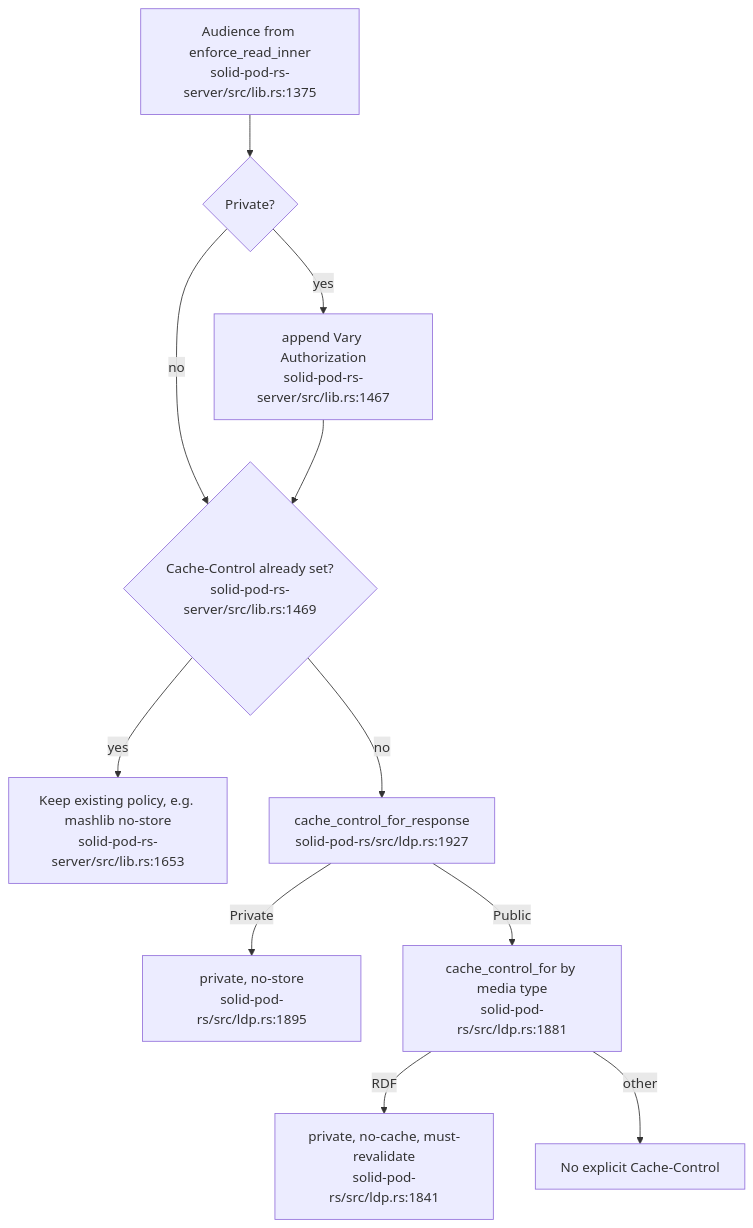
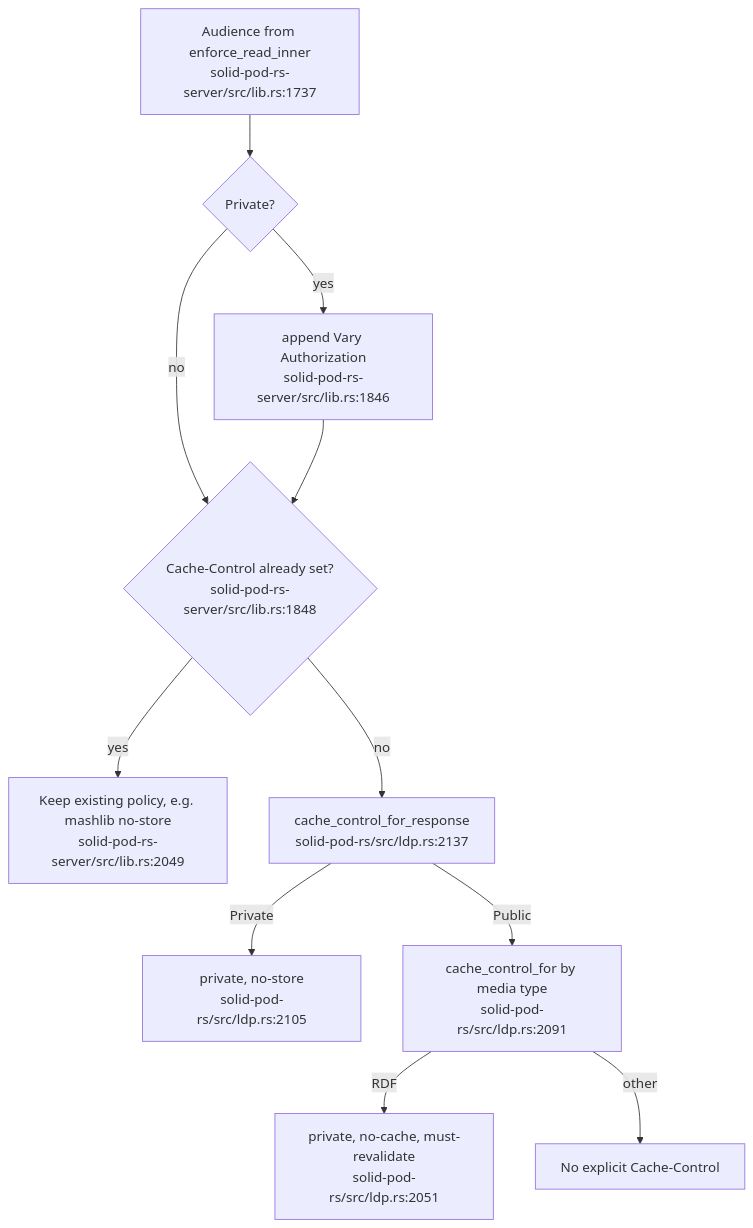
Diagram 14 of 14 in docs/diagrams/solid-pod-rs/03-ldp-request-lifecycle.md (DreamLab-AI/VisionFlow), drawn with Mermaid before and after one commit. The commit also changed other lines of this file and 1 other file, not shown here.

First line of the commit message:
docs(diagrams): SP-03, SP-13 re-verified at solid-pod-rs a28a748

````diff
--- a/docs/diagrams/solid-pod-rs/03-ldp-request-lifecycle.md
+++ b/docs/diagrams/solid-pod-rs/03-ldp-request-lifecycle.md
@@ -347,13 +425,13 @@
 ```mermaid
 flowchart TD
-    A["Audience from enforce_read_inner<br/>solid-pod-rs-server/src/lib.rs:1375"] --> PRIVATE{"Private?"}
-    PRIVATE -- yes --> V["append Vary Authorization<br/>solid-pod-rs-server/src/lib.rs:1467"]
+    A["Audience from enforce_read_inner<br/>solid-pod-rs-server/src/lib.rs:1737"] --> PRIVATE{"Private?"}
+    PRIVATE -- yes --> V["append Vary Authorization<br/>solid-pod-rs-server/src/lib.rs:1846"]
     PRIVATE -- no --> EXIST
-    V --> EXIST{"Cache-Control already set?<br/>solid-pod-rs-server/src/lib.rs:1469"}
-    EXIST -- yes --> KEEP["Keep existing policy, e.g. mashlib no-store<br/>solid-pod-rs-server/src/lib.rs:1653"]
-    EXIST -- no --> POLICY["cache_control_for_response<br/>solid-pod-rs/src/ldp.rs:1927"]
-    POLICY -- Private --> NS["private, no-store<br/>solid-pod-rs/src/ldp.rs:1895"]
-    POLICY -- Public --> MEDIA["cache_control_for by media type<br/>solid-pod-rs/src/ldp.rs:1881"]
-    MEDIA -- RDF --> RDF["private, no-cache, must-revalidate<br/>solid-pod-rs/src/ldp.rs:1841"]
+    V --> EXIST{"Cache-Control already set?<br/>solid-pod-rs-server/src/lib.rs:1848"}
+    EXIST -- yes --> KEEP["Keep existing policy, e.g. mashlib no-store<br/>solid-pod-rs-server/src/lib.rs:2049"]
+    EXIST -- no --> POLICY["cache_control_for_response<br/>solid-pod-rs/src/ldp.rs:2137"]
+    POLICY -- Private --> NS["private, no-store<br/>solid-pod-rs/src/ldp.rs:2105"]
+    POLICY -- Public --> MEDIA["cache_control_for by media type<br/>solid-pod-rs/src/ldp.rs:2091"]
+    MEDIA -- RDF --> RDF["private, no-cache, must-revalidate<br/>solid-pod-rs/src/ldp.rs:2051"]
     MEDIA -- other --> NONE["No explicit Cache-Control"]
 ```
````
